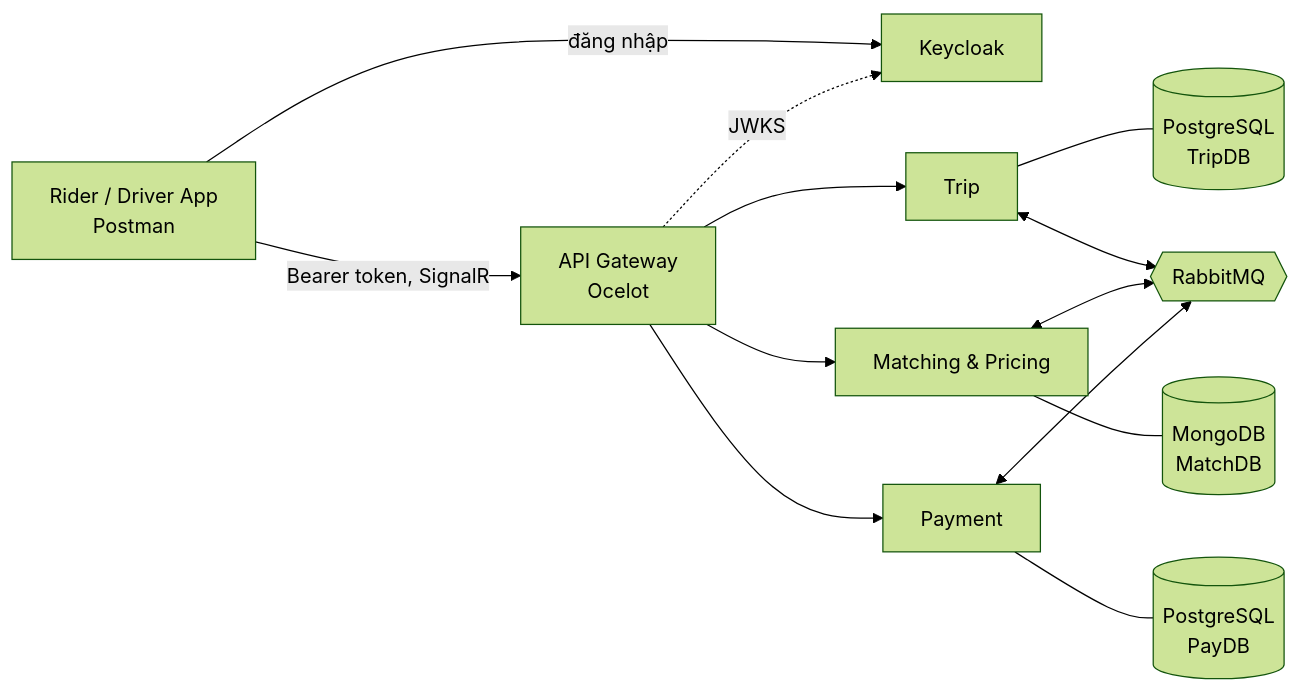
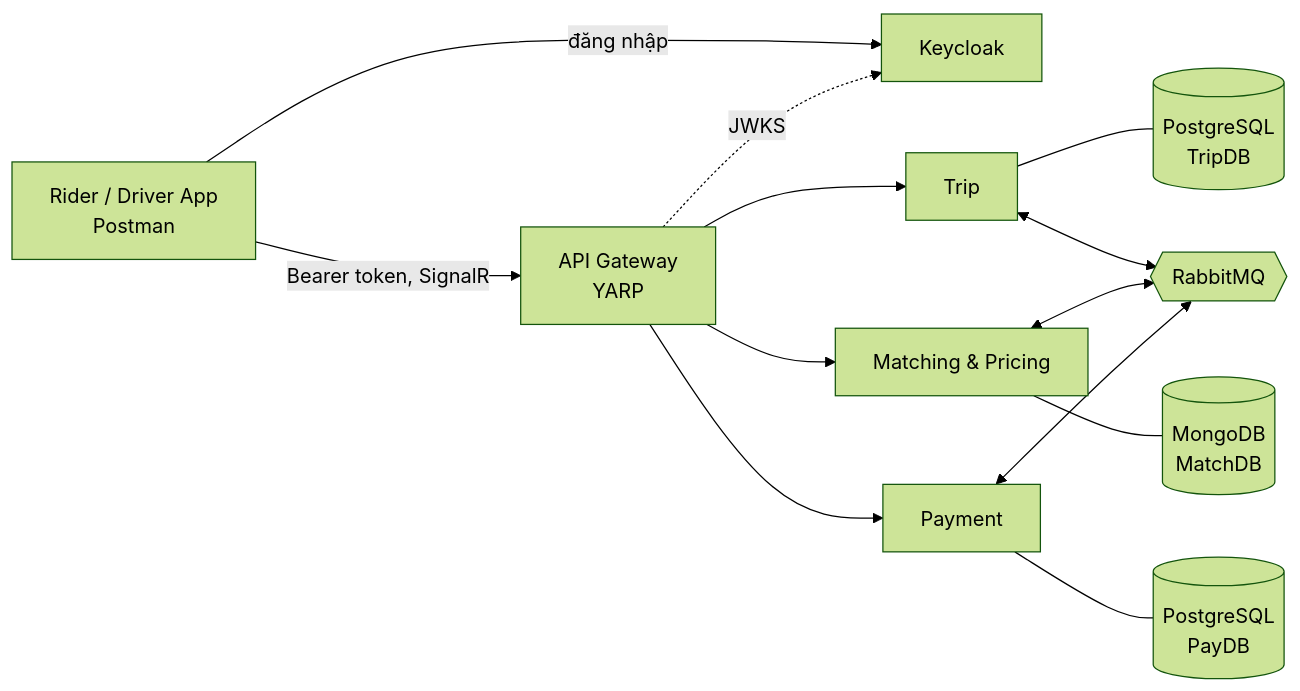
One commit to vhvkhangg/SwiftRide changed the diagram in README.md. Above: the diagram before and after it, drawn with Mermaid (forest theme). The commit also changed other lines of this file and 11 other files, not shown here.

First line of the commit message:
feat(gateway): replace Ocelot with YARP

````diff
--- a/README.md
+++ b/README.md
@@ -21,11 +21,11 @@
 ```mermaid
 flowchart LR
     C["Rider / Driver App<br/>Postman"] -- "đăng nhập" --> KC["Keycloak"]
-    C -- "Bearer token, SignalR" --> GW["API Gateway<br/>Ocelot"]
+    C -- "Bearer token, SignalR" --> GW["API Gateway<br/>YARP"]
     GW -. "JWKS" .-> KC
     GW --> T["Trip"] & M["Matching & Pricing"] & P["Payment"]
     T --- TDB[("PostgreSQL<br/>TripDB")]
     M --- MDB[("MongoDB<br/>MatchDB")]
     P --- PDB[("PostgreSQL<br/>PayDB")]
     T & M & P <--> MQ{{"RabbitMQ"}}
 ```
````
